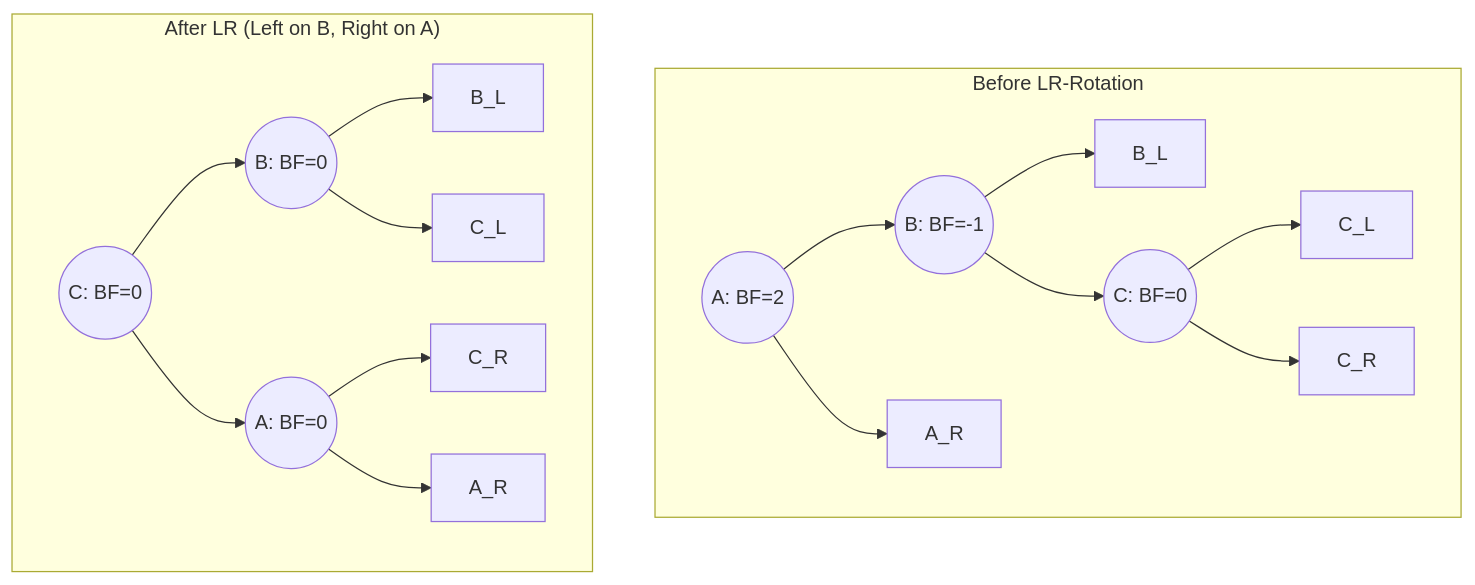
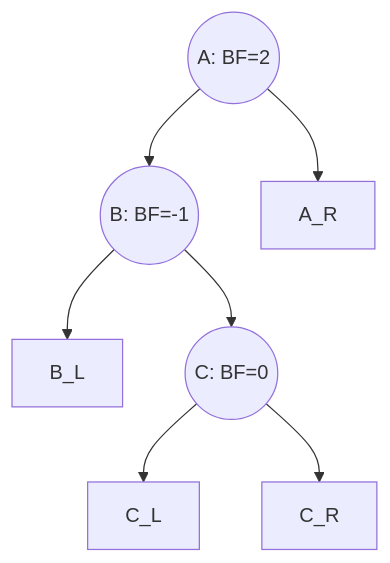
One commit to ARYAN-KUMAR-22/dsa changed the tenth of 13 diagrams in tree/17_avl_trees.md. Above: the diagram before and after it, drawn with Mermaid. The commit also changed other lines of this file, not shown here.

````diff
--- a/tree/17_avl_trees.md
+++ b/tree/17_avl_trees.md
@@ -401,20 +407,9 @@
 ```mermaid
 graph TD
-    subgraph Before_LR_Rotation ["Before LR-Rotation"]
-        A((A: BF=2)) --> B((B: BF=-1))
-        A --> AR[A_R]
-        B --> BL[B_L]
-        B --> C((C: BF=0))
-        C --> CL[C_L]
-        C --> CR[C_R]
-    end
-    
-    subgraph After_LR ["After LR (Left on B, Right on A)"]
-        C_new((C: BF=0)) --> B_new((B: BF=0))
-        C_new --> A_new((A: BF=0))
-        B_new --> BL_new[B_L]
-        B_new --> CL_new[C_L]
-        A_new --> CR_new[C_R]
-        A_new --> AR_new[A_R]
-    end
+    A((A: BF=2)) --> B((B: BF=-1))
+    A --> AR[A_R]
+    B --> BL[B_L]
+    B --> C((C: BF=0))
+    C --> CL[C_L]
+    C --> CR[C_R]
 ```
````
